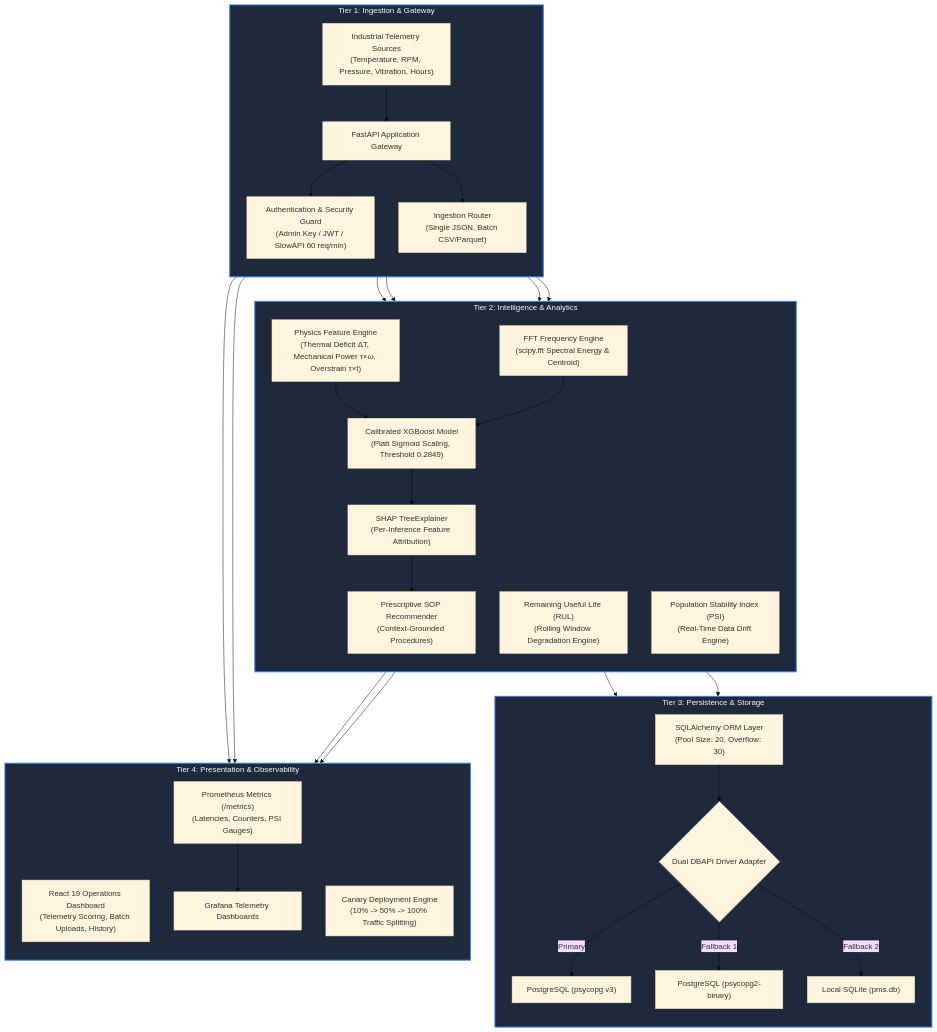
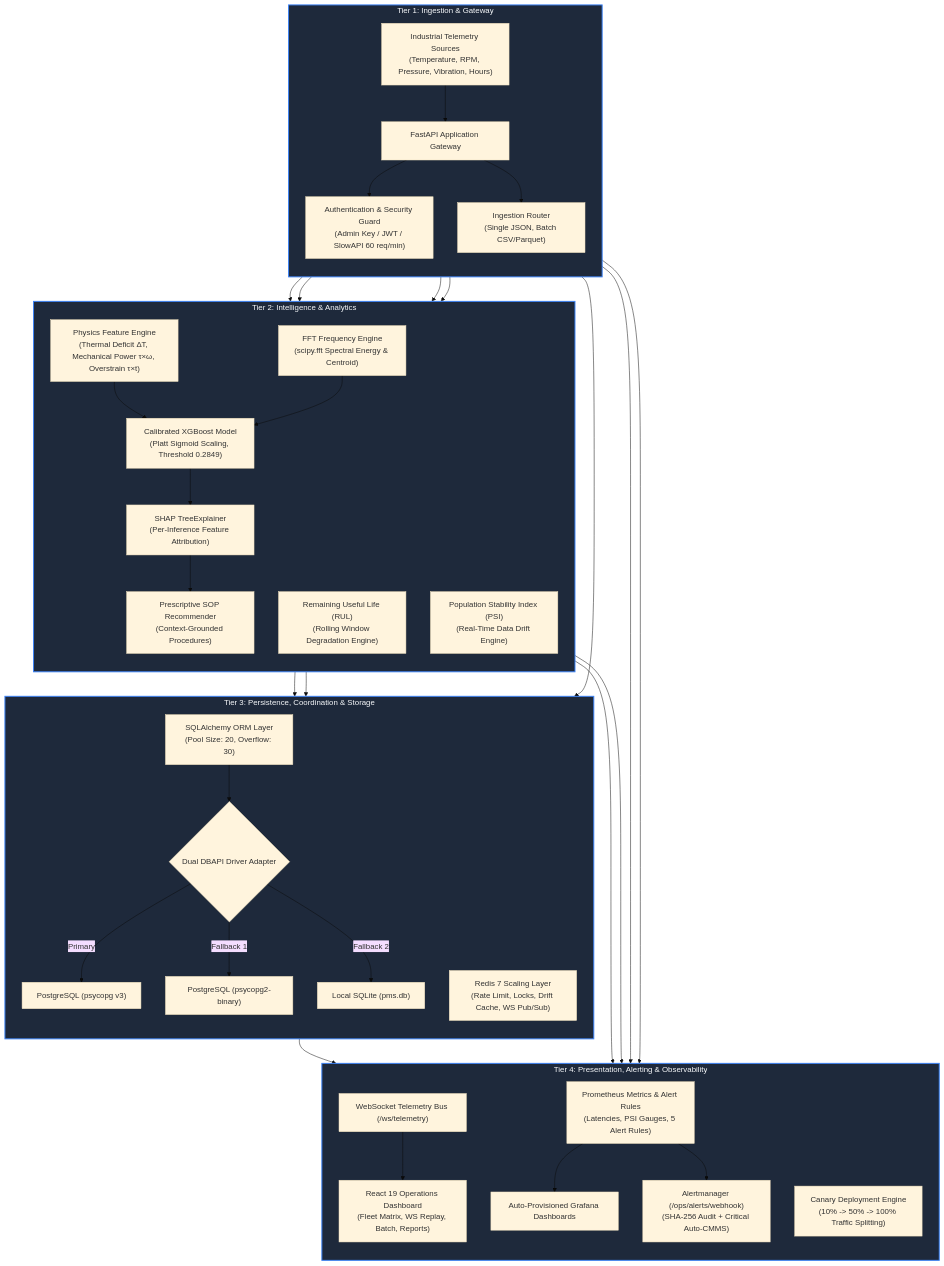
One commit to Susil-commits/Predictive-Maintenance-System changed the diagram in docs/ARCHITECTURE.md. Above: the diagram before and after it, drawn with Mermaid (base theme). The commit also changed other lines of this file and 20 other files, not shown here.

Commit message:
feat(platform): add Alertmanager webhook bridge, Postgres/Redis CI parity, Vitest component tests, and expanded docs

````diff
--- a/docs/ARCHITECTURE.md
+++ b/docs/ARCHITECTURE.md
@@ -9,43 +9,47 @@
 ```mermaid
 flowchart TD
     subgraph TIER1["Tier 1: Ingestion & Gateway"]
         direction TB
         IoT["Industrial Telemetry Sources<br/>(Temperature, RPM, Pressure, Vibration, Hours)"] --> Gateway["FastAPI Application Gateway"]
         Gateway --> Auth["Authentication & Security Guard<br/>(Admin Key / JWT / SlowAPI 60 req/min)"]
         Gateway --> Ingest["Ingestion Router<br/>(Single JSON, Batch CSV/Parquet)"]
     end
 
     subgraph TIER2["Tier 2: Intelligence & Analytics"]
         direction TB
         Ingest --> PhysicsFE["Physics Feature Engine<br/>(Thermal Deficit ΔT, Mechanical Power τ×ω, Overstrain τ×t)"]
         Ingest --> FFT["FFT Frequency Engine<br/>(scipy.fft Spectral Energy & Centroid)"]
         PhysicsFE --> XGBoost["Calibrated XGBoost Model<br/>(Platt Sigmoid Scaling, Threshold 0.2849)"]
         FFT --> XGBoost
         XGBoost --> SHAP["SHAP TreeExplainer<br/>(Per-Inference Feature Attribution)"]
         SHAP --> RAG["Prescriptive SOP Recommender<br/>(Context-Grounded Procedures)"]
         Ingest --> RUL["Remaining Useful Life (RUL)<br/>(Rolling Window Degradation Engine)"]
         Ingest --> Drift["Population Stability Index (PSI)<br/>(Real-Time Data Drift Engine)"]
     end
 
-    subgraph TIER3["Tier 3: Persistence & Storage"]
+    subgraph TIER3["Tier 3: Persistence, Coordination & Storage"]
         direction TB
         XGBoost --> ORM["SQLAlchemy ORM Layer<br/>(Pool Size: 20, Overflow: 30)"]
         RUL --> ORM
+        Gateway --> Redis["Redis 7 Scaling Layer<br/>(Rate Limit, Locks, Drift Cache, WS Pub/Sub)"]
         ORM --> DB_Driver{"Dual DBAPI Driver Adapter"}
         DB_Driver -->|Primary| Psycopg3["PostgreSQL (psycopg v3)"]
         DB_Driver -->|Fallback 1| Psycopg2["PostgreSQL (psycopg2-binary)"]
         DB_Driver -->|Fallback 2| SQLite["Local SQLite (pms.db)"]
     end
 
-    subgraph TIER4["Tier 4: Presentation & Observability"]
+    subgraph TIER4["Tier 4: Presentation, Alerting & Observability"]
         direction TB
-        XGBoost --> UI["React 19 Operations Dashboard<br/>(Telemetry Scoring, Batch Uploads, History)"]
+        XGBoost --> UI["React 19 Operations Dashboard<br/>(Fleet Matrix, WS Replay, Batch, Reports)"]
         Drift --> UI
-        Gateway --> Prometheus["Prometheus Metrics (/metrics)<br/>(Latencies, Counters, PSI Gauges)"]
-        Prometheus --> Grafana["Grafana Telemetry Dashboards"]
+        Redis --> WS["WebSocket Telemetry Bus (/ws/telemetry)"]
+        WS --> UI
+        Gateway --> Prometheus["Prometheus Metrics & Alert Rules<br/>(Latencies, PSI Gauges, 5 Alert Rules)"]
+        Prometheus --> Grafana["Auto-Provisioned Grafana Dashboards"]
+        Prometheus --> Alertmanager["Alertmanager (/ops/alerts/webhook)<br/>(SHA-256 Audit + Critical Auto-CMMS)"]
         Gateway --> Canary["Canary Deployment Engine<br/>(10% -> 50% -> 100% Traffic Splitting)"]
     end
 
     classDef tierStyle fill:#1e293b,stroke:#3b82f6,stroke-width:2px,color:#f8fafc;
     class TIER1,TIER2,TIER3,TIER4 tierStyle;
 ```
````
